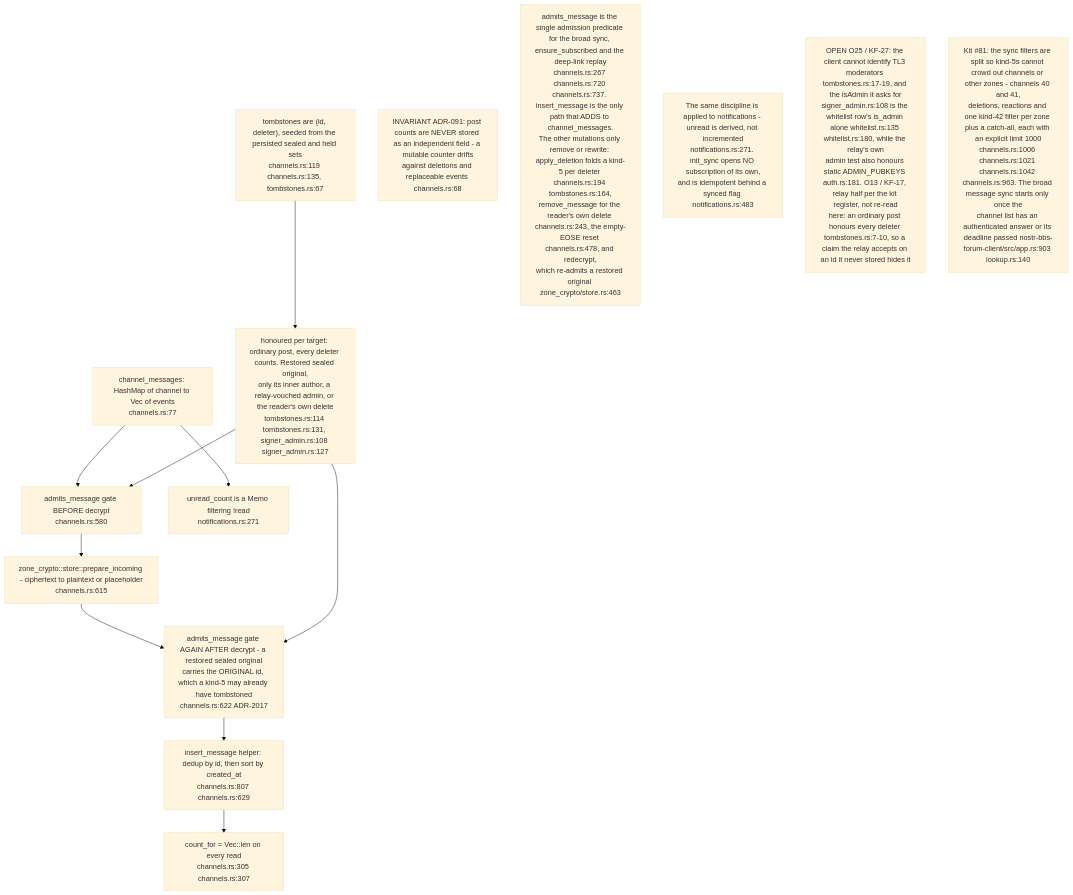
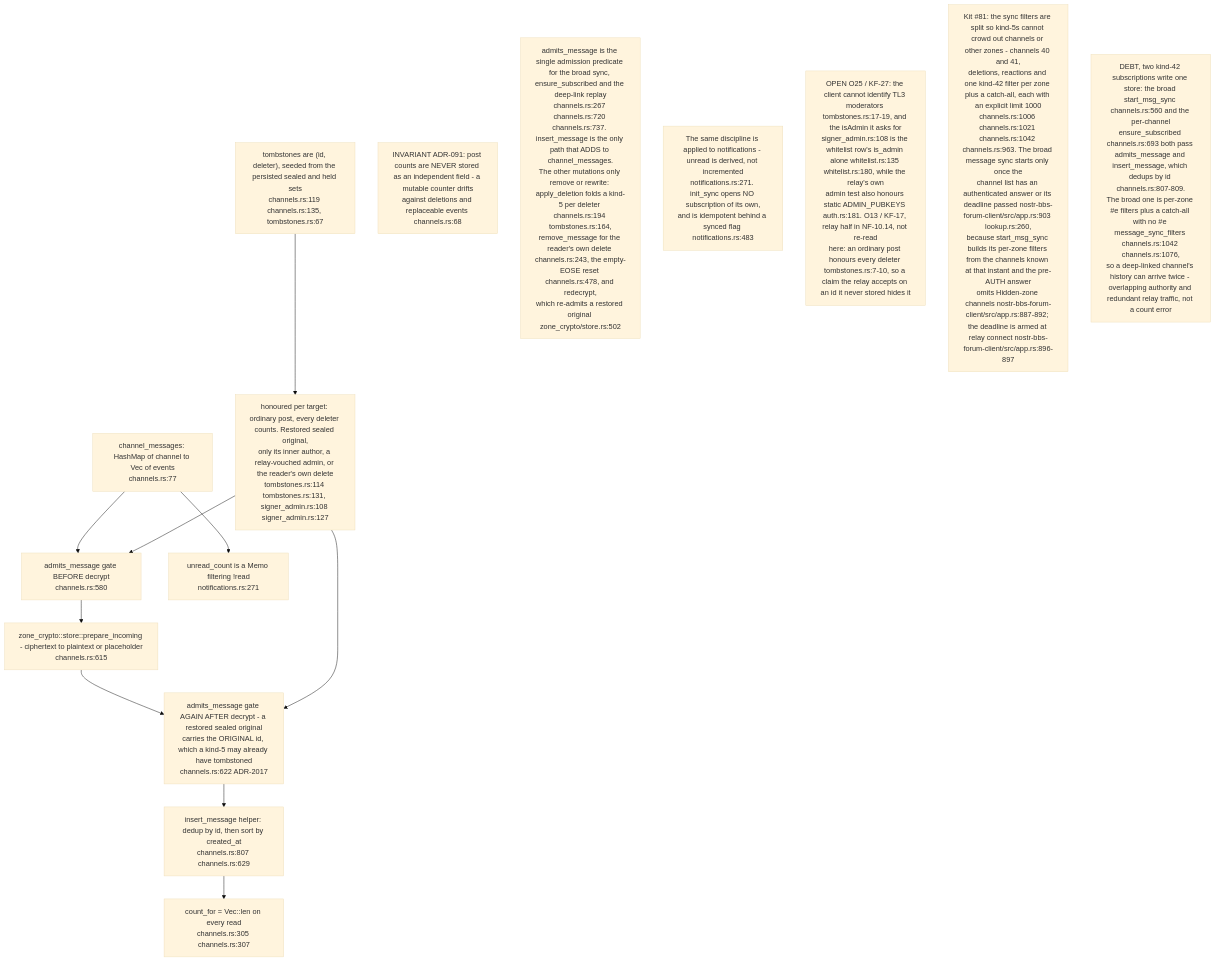
The sixth of 20 diagrams in docs/diagrams/nostr-rust-forum/05-leptos-clients-onboarding-messaging-governance.md (DreamLab-AI/VisionFlow), drawn with Mermaid (base theme) before and after one commit. The commit also changed other lines of this file and 1 other file, not shown here.

First line of the commit message:
WIP diagrams/kit-fold: re-stamp NF-05 and NF-10 to fd31193, close O21, fold kit register items

````diff
--- a/docs/diagrams/nostr-rust-forum/05-leptos-clients-onboarding-messaging-governance.md
+++ b/docs/diagrams/nostr-rust-forum/05-leptos-clients-onboarding-messaging-governance.md
@@ -251,24 +254,25 @@
 ```mermaid
 flowchart TB
     EVS["channel_messages: HashMap of channel to Vec of events<br/>channels.rs:77"]
     TOMB["tombstones are (id, deleter), seeded from the persisted sealed and held sets<br/>channels.rs:119 channels.rs:135, tombstones.rs:67"]
     GATE1["admits_message gate BEFORE decrypt<br/>channels.rs:580"]
     DEC["zone_crypto::store::prepare_incoming - ciphertext to plaintext or placeholder<br/>channels.rs:615"]
     GATE2["admits_message gate AGAIN AFTER decrypt - a restored sealed original<br/>carries the ORIGINAL id, which a kind-5 may already have tombstoned<br/>channels.rs:622 ADR-2017"]
     INS["insert_message helper: dedup by id, then sort by created_at<br/>channels.rs:807 channels.rs:629"]
     CNT["count_for = Vec::len on every read<br/>channels.rs:305 channels.rs:307"]
     UNREAD["unread_count is a Memo filtering !read<br/>notifications.rs:271"]
     HON["honoured per target: ordinary post, every deleter counts. Restored sealed original,<br/>only its inner author, a relay-vouched admin, or the reader's own delete<br/>tombstones.rs:114 tombstones.rs:131, signer_admin.rs:108 signer_admin.rs:127"]
 
     EVS --> GATE1 --> DEC --> GATE2 --> INS --> CNT
     TOMB --> HON
     HON --> GATE1
     HON --> GATE2
     EVS --> UNREAD
 
     N1["INVARIANT ADR-091: post counts are NEVER stored as an independent field - a mutable counter drifts<br/>against deletions and replaceable events channels.rs:68"]
-    N2["admits_message is the single admission predicate for the broad sync, ensure_subscribed and the deep-link replay<br/>channels.rs:267 channels.rs:720 channels.rs:737. insert_message is the only path that ADDS to channel_messages.<br/>The other mutations only remove or rewrite: apply_deletion folds a kind-5 per deleter channels.rs:194 tombstones.rs:164,<br/>remove_message for the reader's own delete channels.rs:243, the empty-EOSE reset channels.rs:478, and redecrypt,<br/>which re-admits a restored original zone_crypto/store.rs:463"]
+    N2["admits_message is the single admission predicate for the broad sync, ensure_subscribed and the deep-link replay<br/>channels.rs:267 channels.rs:720 channels.rs:737. insert_message is the only path that ADDS to channel_messages.<br/>The other mutations only remove or rewrite: apply_deletion folds a kind-5 per deleter channels.rs:194 tombstones.rs:164,<br/>remove_message for the reader's own delete channels.rs:243, the empty-EOSE reset channels.rs:478, and redecrypt,<br/>which re-admits a restored original zone_crypto/store.rs:502"]
     N3["The same discipline is applied to notifications - unread is derived, not incremented<br/>notifications.rs:271. init_sync opens NO subscription of its own,<br/>and is idempotent behind a synced flag notifications.rs:483"]
-    N4["OPEN O25 / KF-27: the client cannot identify TL3 moderators tombstones.rs:17-19, and the isAdmin it asks for<br/>signer_admin.rs:108 is the whitelist row's is_admin alone whitelist.rs:135 whitelist.rs:180, while the relay's own<br/>admin test also honours static ADMIN_PUBKEYS auth.rs:181. O13 / KF-17, relay half per the kit register, not re-read<br/>here: an ordinary post honours every deleter tombstones.rs:7-10, so a claim the relay accepts on an id it never stored hides it"]
-    N5["Kit #81: the sync filters are split so kind-5s cannot crowd out channels or other zones - channels 40 and 41,<br/>deletions, reactions and one kind-42 filter per zone plus a catch-all, each with an explicit limit 1000<br/>channels.rs:1006 channels.rs:1021 channels.rs:1042 channels.rs:963. The broad message sync starts only once the<br/>channel list has an authenticated answer or its deadline passed nostr-bbs-forum-client/src/app.rs:903 lookup.rs:140"]
+    N4["OPEN O25 / KF-27: the client cannot identify TL3 moderators tombstones.rs:17-19, and the isAdmin it asks for<br/>signer_admin.rs:108 is the whitelist row's is_admin alone whitelist.rs:135 whitelist.rs:180, while the relay's own<br/>admin test also honours static ADMIN_PUBKEYS auth.rs:181. O13 / KF-17, relay half in NF-10.14, not re-read<br/>here: an ordinary post honours every deleter tombstones.rs:7-10, so a claim the relay accepts on an id it never stored hides it"]
+    N5["Kit #81: the sync filters are split so kind-5s cannot crowd out channels or other zones - channels 40 and 41,<br/>deletions, reactions and one kind-42 filter per zone plus a catch-all, each with an explicit limit 1000<br/>channels.rs:1006 channels.rs:1021 channels.rs:1042 channels.rs:963. The broad message sync starts only once the<br/>channel list has an authenticated answer or its deadline passed nostr-bbs-forum-client/src/app.rs:903 lookup.rs:260,<br/>because start_msg_sync builds its per-zone filters from the channels known at that instant and the pre-AUTH answer<br/>omits Hidden-zone channels nostr-bbs-forum-client/src/app.rs:887-892; the deadline is armed at relay connect nostr-bbs-forum-client/src/app.rs:896-897"]
+    N6["DEBT, two kind-42 subscriptions write one store: the broad start_msg_sync channels.rs:560 and the per-channel<br/>ensure_subscribed channels.rs:693 both pass admits_message and insert_message, which dedups by id channels.rs:807-809.<br/>The broad one is per-zone #e filters plus a catch-all with no #e message_sync_filters channels.rs:1042 channels.rs:1076,<br/>so a deep-linked channel's history can arrive twice - overlapping authority and redundant relay traffic, not a count error"]
 ```
````
